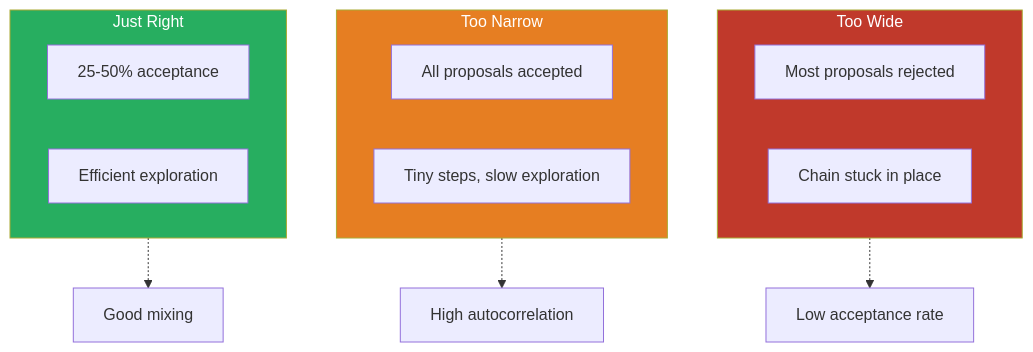
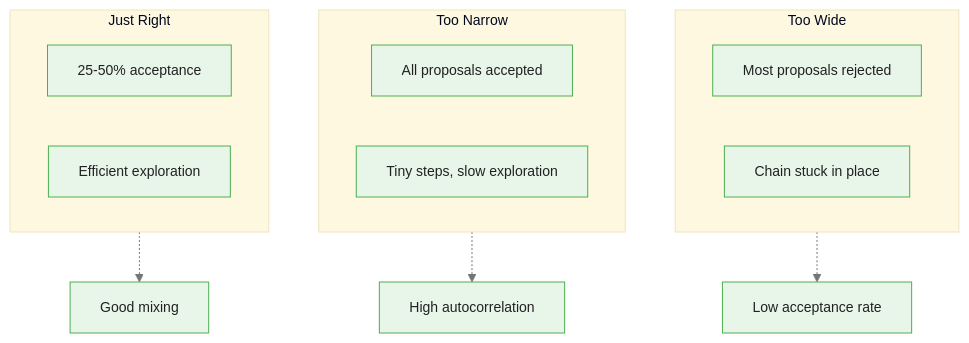
Before and after one commit to m-deane/course-creator: the second of 4 diagrams in courses/bayesian-commodity-forecasting/modules/module_06_inference/guides/01_mcmc_foundations_slides.md, drawn with Mermaid. The commit also changed other lines of this file and 104 other files, not shown here.

````diff
--- a/courses/bayesian-commodity-forecasting/modules/module_06_inference/guides/01_mcmc_foundations_slides.md
+++ b/courses/bayesian-commodity-forecasting/modules/module_06_inference/guides/01_mcmc_foundations_slides.md
@@ -81,21 +95,19 @@
 ```mermaid
+%%{init: {"theme": "base", "themeVariables": {"primaryColor": "#e8f5e9", "primaryBorderColor": "#4caf50", "primaryTextColor": "#212121", "secondaryColor": "#e3f2fd", "tertiaryColor": "#fff8e1", "lineColor": "#757575", "fontFamily": "Inter, sans-serif", "fontSize": "14px"}}}%%
 flowchart TD
     subgraph Wide["Too Wide"]
         W1["Most proposals rejected"]
         W2["Chain stuck in place"]
     end
     subgraph Narrow["Too Narrow"]
         N1["All proposals accepted"]
         N2["Tiny steps, slow exploration"]
     end
     subgraph Optimal["Just Right"]
         O1["25-50% acceptance"]
         O2["Efficient exploration"]
     end
     Wide -.-> BAD1["Low acceptance rate"]
     Narrow -.-> BAD2["High autocorrelation"]
     Optimal -.-> GOOD["Good mixing"]
-    style Optimal fill:#27ae60,color:#fff
-    style Wide fill:#c0392b,color:#fff
-    style Narrow fill:#e67e22,color:#fff
 ```
````
